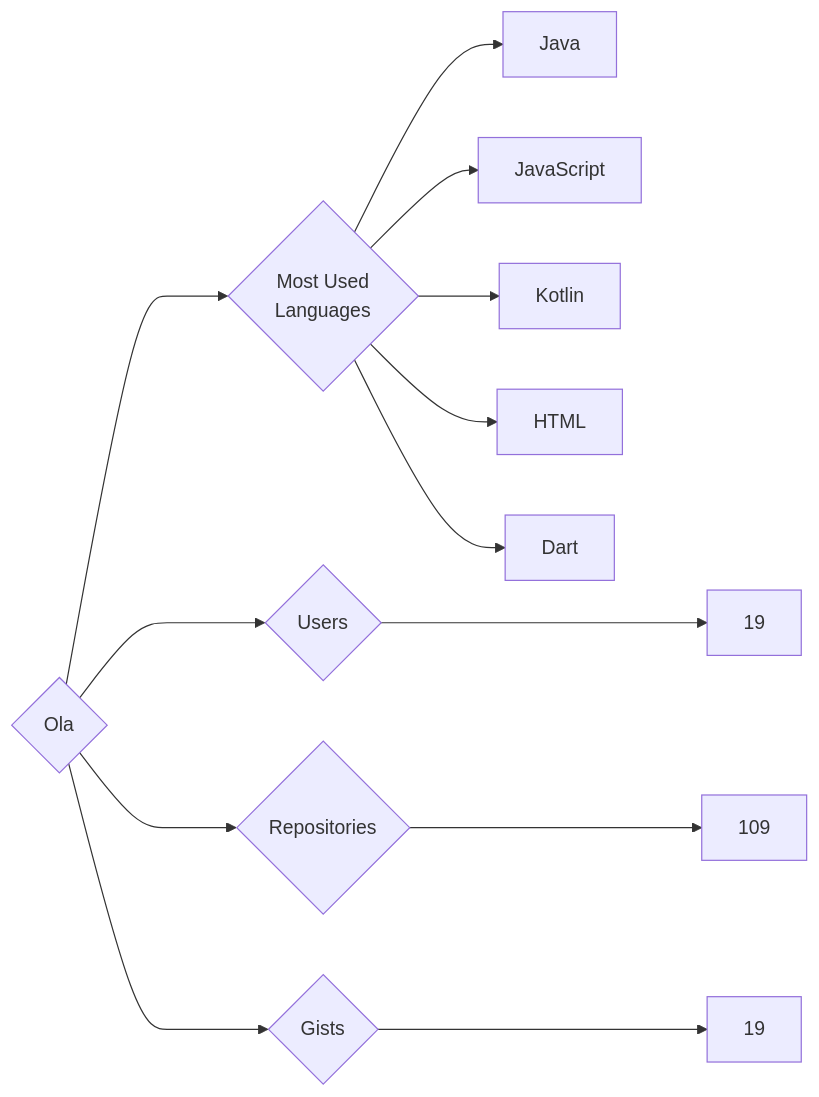
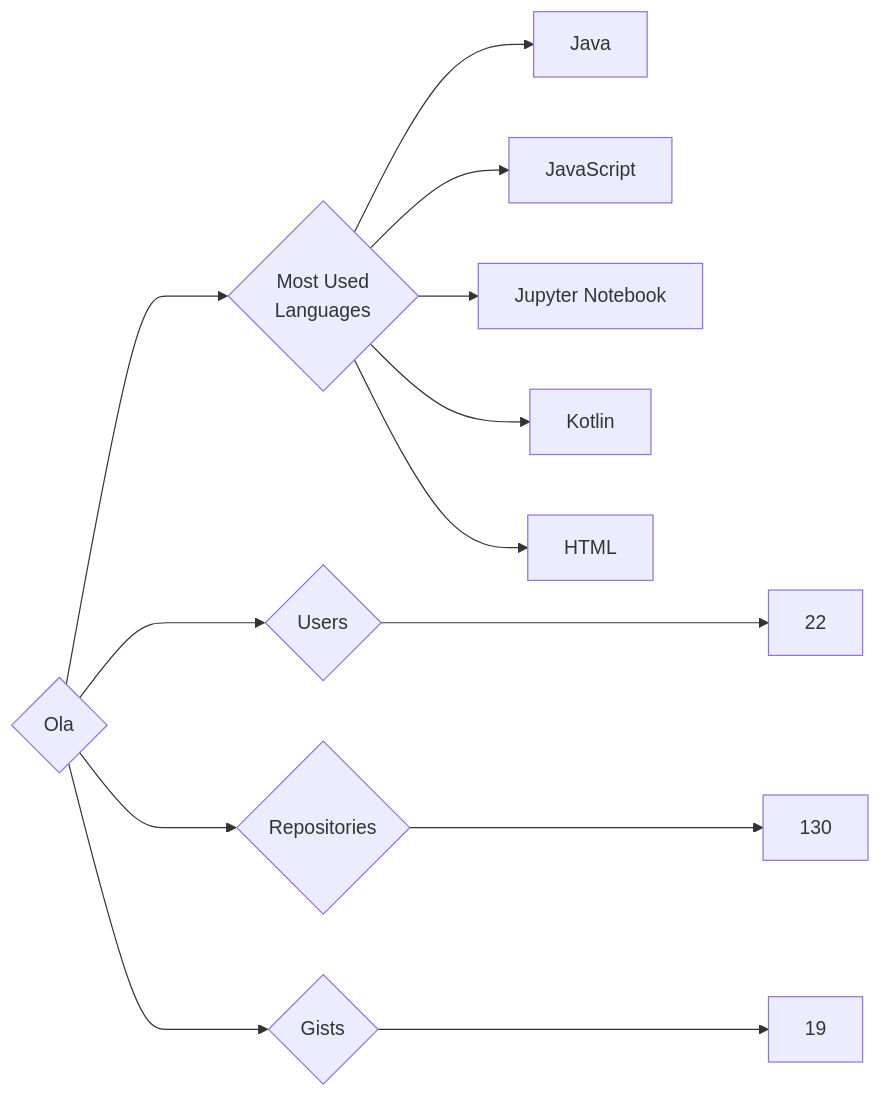
One commit to trickest/insiders changed the diagram in targets/Ola/README.md. Above: the diagram before and after it, drawn with Mermaid. The commit also changed 681 other files, not shown here.

````diff
--- a/targets/Ola/README.md
+++ b/targets/Ola/README.md
@@ -3,13 +3,13 @@
 ```mermaid
 graph LR
 COMPANY_NAME{Ola}
-COMPANY_NAME ---> U{Users} ---> UN[19]
-COMPANY_NAME ---> R{Repositories} ---> RN[109]
+COMPANY_NAME ---> U{Users} ---> UN[22]
+COMPANY_NAME ---> R{Repositories} ---> RN[130]
 COMPANY_NAME ---> G{Gists} ---> GN[19]
 COMPANY_NAME ---> ML{Most Used<br>Languages}
 ML --> Java[Java]
 ML --> JavaScript[JavaScript]
+ML --> Jupyter_Notebook[Jupyter Notebook]
 ML --> Kotlin[Kotlin]
 ML --> HTML[HTML]
-ML --> Dart[Dart]
 ```
````
